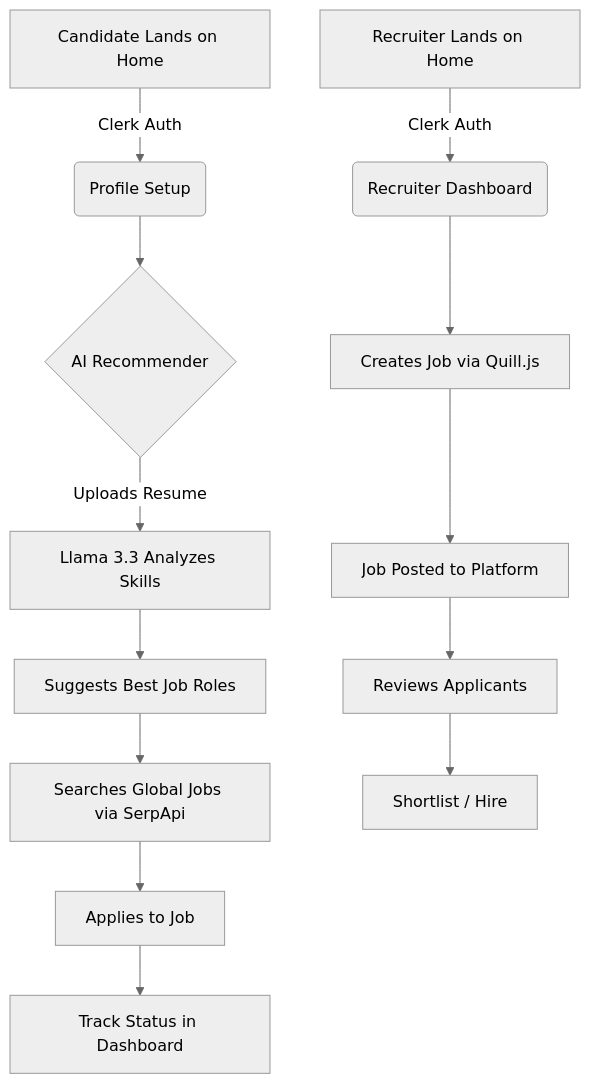
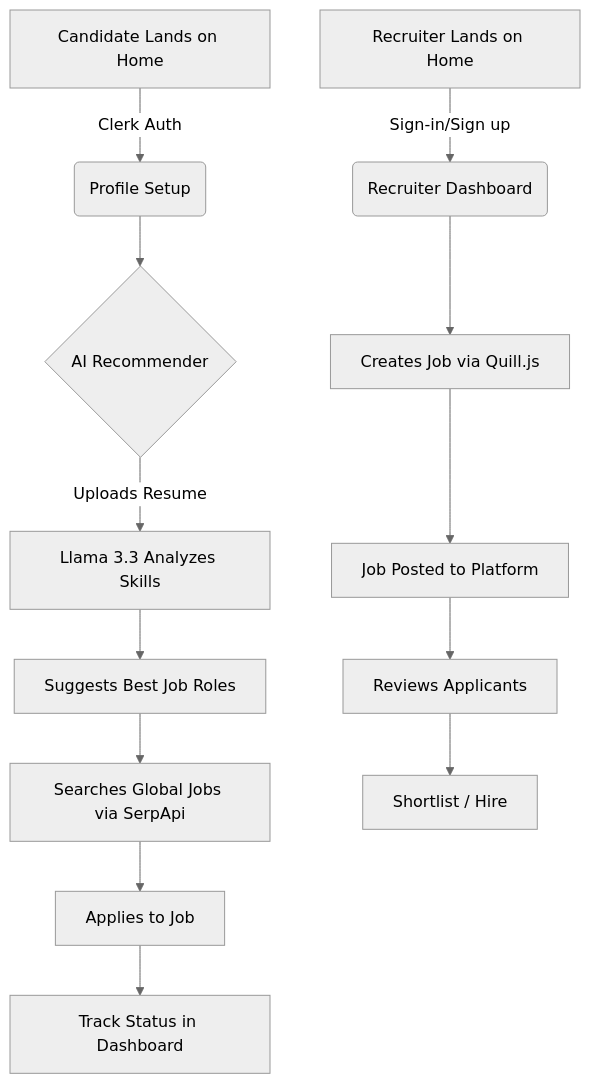
One commit to SarthakDudhe/InsiderJobs changed the first of 2 diagrams in README.md. Above: the diagram before and after it, drawn with Mermaid (neutral theme).

Commit message:
Update sign-in/sign-up flow in README

````diff
--- a/README.md
+++ b/README.md
@@ -91,16 +91,16 @@
 ```mermaid
 graph TD
     A[Candidate Lands on Home] -->|Clerk Auth| B(Profile Setup)
     B --> C{AI Recommender}
     C -->|Uploads Resume| D[Llama 3.3 Analyzes Skills]
     D --> E[Suggests Best Job Roles]
     E --> F[Searches Global Jobs via SerpApi]
     F --> G[Applies to Job]
     G --> H[Track Status in Dashboard]
     
-    I[Recruiter Lands on Home] -->|Clerk Auth| J(Recruiter Dashboard)
+    I[Recruiter Lands on Home] -->|Sign-in/Sign up| J(Recruiter Dashboard)
     J --> K[Creates Job via Quill.js]
     K --> L[Job Posted to Platform]
     L --> M[Reviews Applicants]
     M --> N[Shortlist / Hire]
 ```
````
